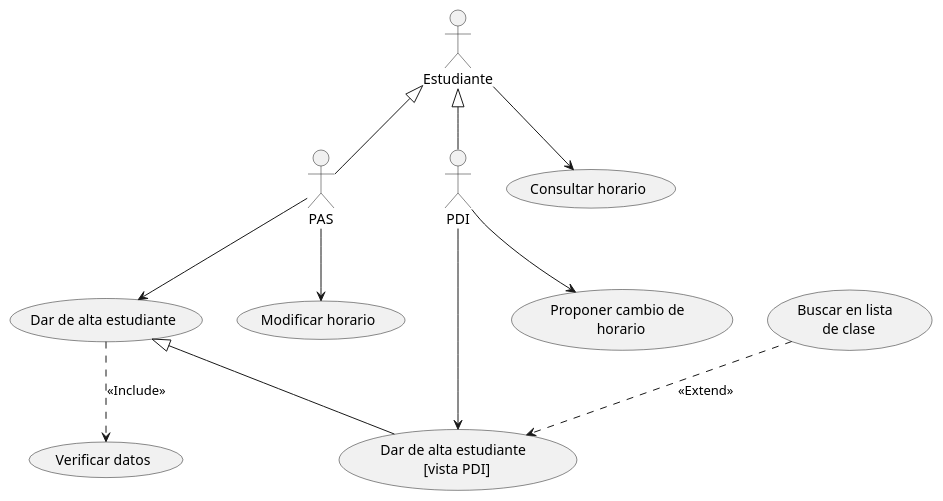
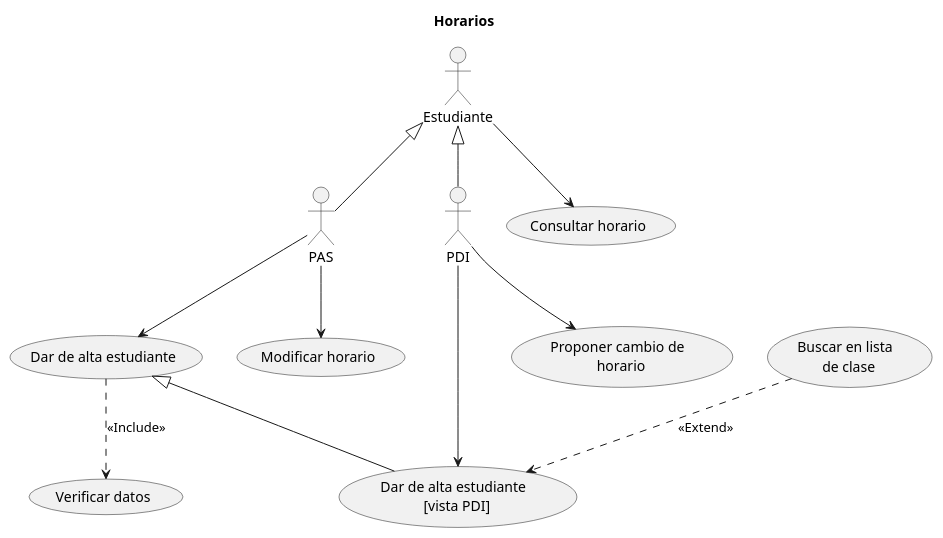
Before and after one commit to emg842/INRE-UAL-ROJO-2022: the diagram in LAB0/src/horarios.puml, drawn with PlantUML. The commit also changed 6 other files, not shown here.

Commit message:
Puesta a punto de los diagramas de la actividad lab0

```diff
--- a/LAB0/src/horarios.puml
+++ b/LAB0/src/horarios.puml
@@ -1,29 +1,30 @@
-@startuml horarios 
+@startuml horarios
+title Horarios
 
 :Estudiante: as A1
 :PAS: as A2
 :PDI: as A3
 
 (Buscar en lista \n de clase) as UC1
 (Consultar horario) as UC2
 (Dar de alta estudiante) as UC3
 (Dar de alta estudiante \n [vista PDI]) as UC4
 (Modificar horario) as UC5
 (Proponer cambio de \n horario) as UC6
 (Verificar datos) as UC7
 
 A1 --> UC2
 A2 --> UC3
 A2 --> UC5
 A3 --> UC4
 A3 --> UC6
 
 A1 <|-- A2
 A1 <|-- A3
 UC3 <|-- UC4
 
 UC1 ..> UC4 : <<Extend>>
 
 UC3 ..> UC7 : <<Include>>
 
 @enduml
```
